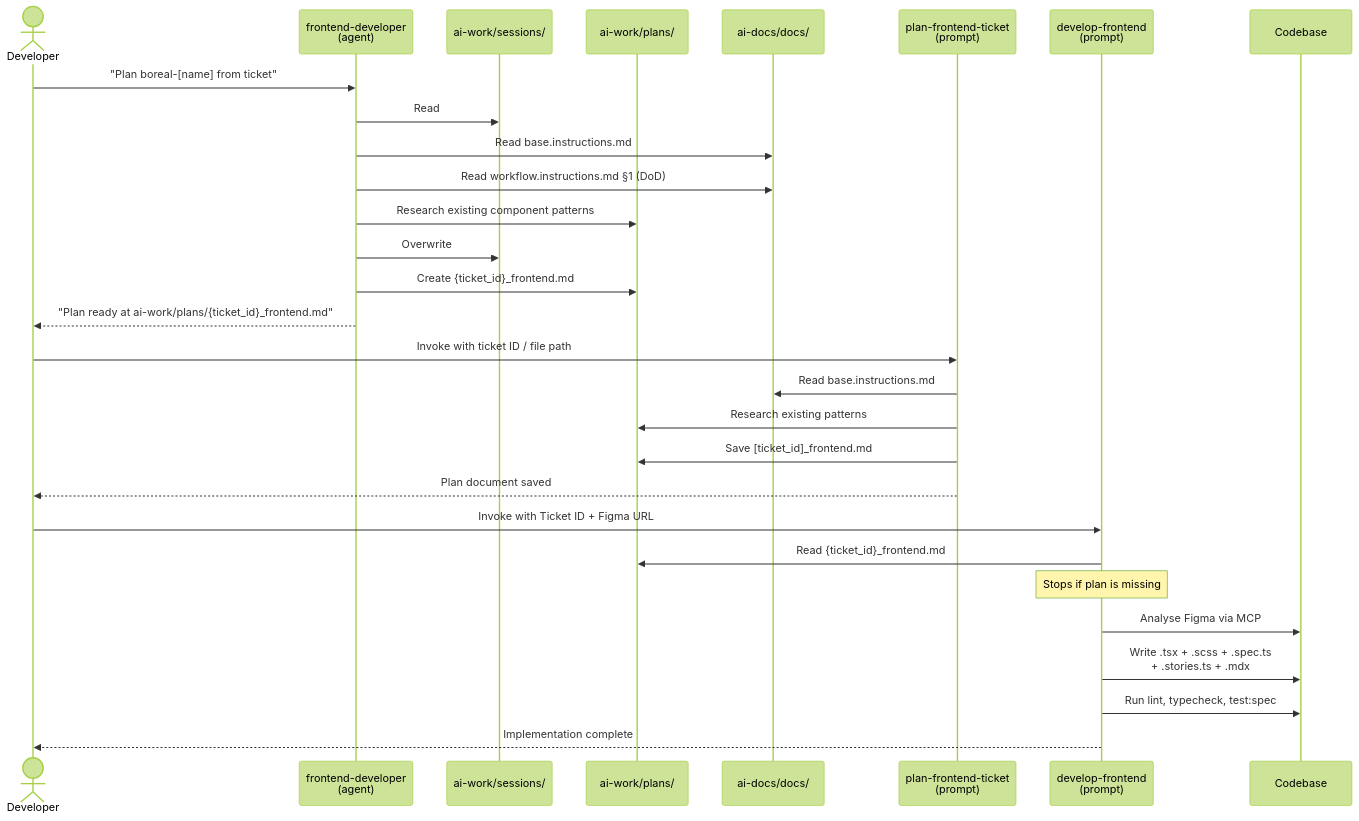
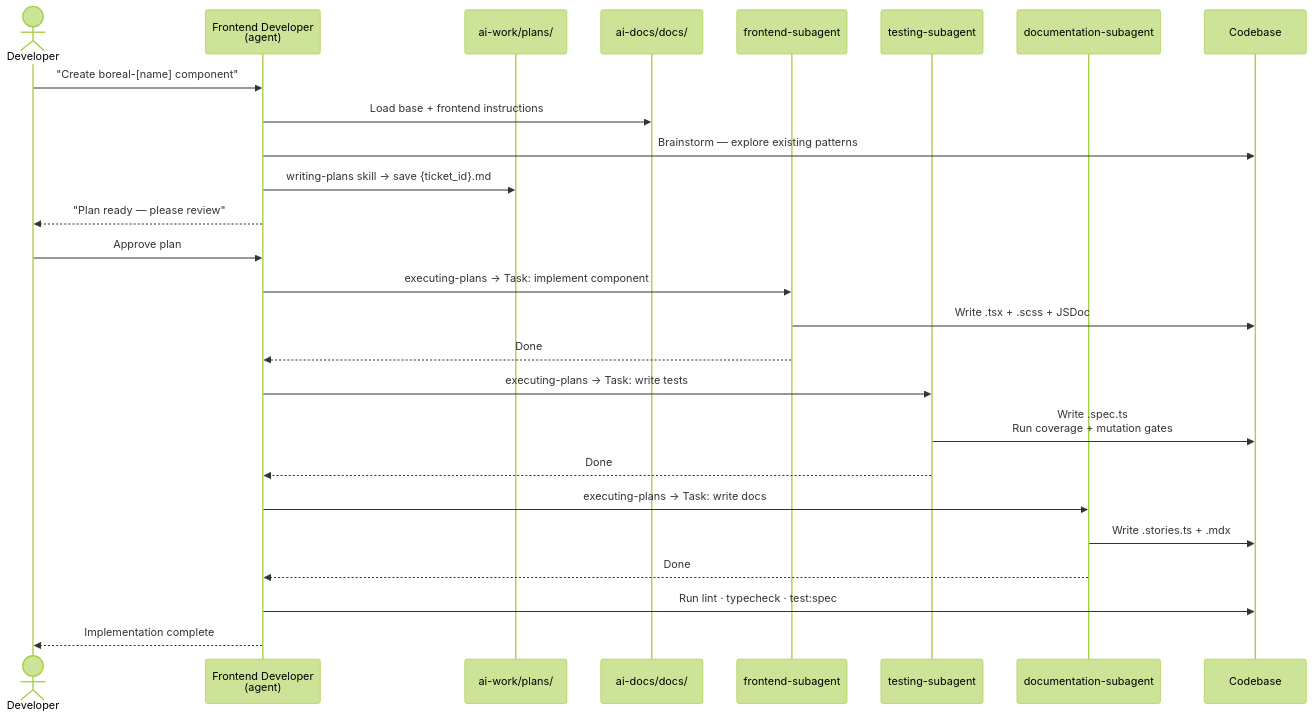
The second of 2 diagrams in .agents/README.md (dgonzalezts/boreal-ds-ai), drawn with Mermaid (forest theme) before and after one commit. The commit also changed other lines of this file and 4 other files, not shown here.

````diff
--- a/.agents/README.md
+++ b/.agents/README.md
@@ -68,34 +59,33 @@
 ```mermaid
 sequenceDiagram
     actor Dev as Developer
-    participant Agent as frontend-developer<br/>(agent)
-    participant Sessions as ai-work/sessions/
+    participant Coord as Frontend Developer<br/>(agent)
     participant Plans as ai-work/plans/
     participant Instructions as ai-docs/docs/
-    participant PlanPrompt as plan-frontend-ticket<br/>(prompt)
-    participant DevPrompt as develop-frontend<br/>(prompt)
+    participant ImplAgent as frontend-subagent
+    participant TestAgent as testing-subagent
+    participant DocsAgent as documentation-subagent
     participant Codebase as Codebase
 
-    Dev->>Agent: "Plan boreal-[name] from ticket"
-    Agent->>Sessions: Read ## Current State (or create file)
-    Agent->>Instructions: Read base.instructions.md
-    Agent->>Instructions: Read workflow.instructions.md §1 (DoD)
-    Agent->>Plans: Research existing component patterns
-    Agent->>Sessions: Overwrite ## Current State<br/>Append ## History entry
-    Agent->>Plans: Create {ticket_id}_frontend.md
-    Agent-->>Dev: "Plan ready at ai-work/plans/{ticket_id}_frontend.md"
+    Dev->>Coord: "Create boreal-[name] component"
+    Coord->>Instructions: Load base + frontend instructions
+    Coord->>Codebase: Brainstorm — explore existing patterns
+    Coord->>Plans: writing-plans skill → save {ticket_id}.md
+    Coord-->>Dev: "Plan ready — please review"
 
-    Dev->>PlanPrompt: Invoke with ticket ID / file path
-    PlanPrompt->>Instructions: Read base.instructions.md
-    PlanPrompt->>Plans: Research existing patterns
-    PlanPrompt->>Plans: Save [ticket_id]_frontend.md
-    PlanPrompt-->>Dev: Plan document saved
+    Dev->>Coord: Approve plan
+    Coord->>ImplAgent: executing-plans → Task: implement component
+    ImplAgent->>Codebase: Write .tsx + .scss + JSDoc
+    ImplAgent-->>Coord: Done
 
-    Dev->>DevPrompt: Invoke with Ticket ID + Figma URL
-    DevPrompt->>Plans: Read {ticket_id}_frontend.md
-    Note over DevPrompt: Stops if plan is missing
-    DevPrompt->>Codebase: Analyse Figma via MCP
-    DevPrompt->>Codebase: Write .tsx + .scss + .spec.ts<br/>+ .stories.ts + .mdx
-    DevPrompt->>Codebase: Run lint, typecheck, test:spec
-    DevPrompt-->>Dev: Implementation complete
+    Coord->>TestAgent: executing-plans → Task: write tests
+    TestAgent->>Codebase: Write .spec.ts<br/>Run coverage + mutation gates
+    TestAgent-->>Coord: Done
+
+    Coord->>DocsAgent: executing-plans → Task: write docs
+    DocsAgent->>Codebase: Write .stories.ts + .mdx
+    DocsAgent-->>Coord: Done
+
+    Coord->>Codebase: Run lint · typecheck · test:spec
+    Coord-->>Dev: Implementation complete
 ```
````
